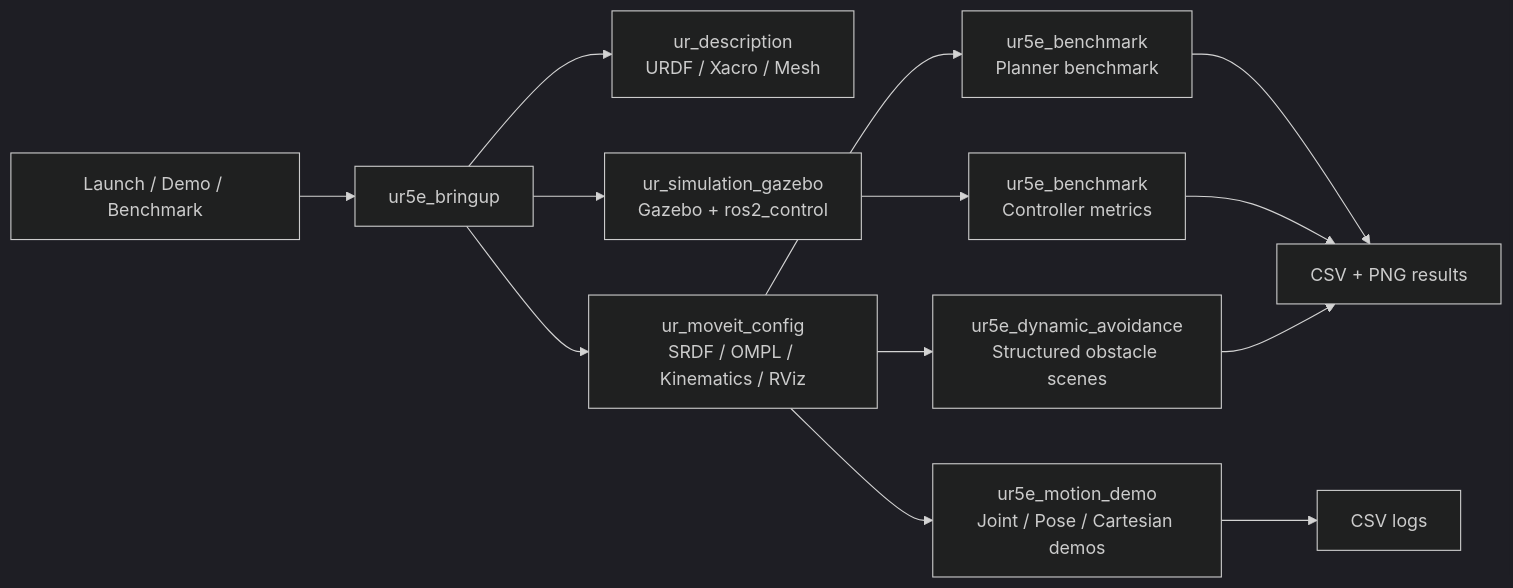
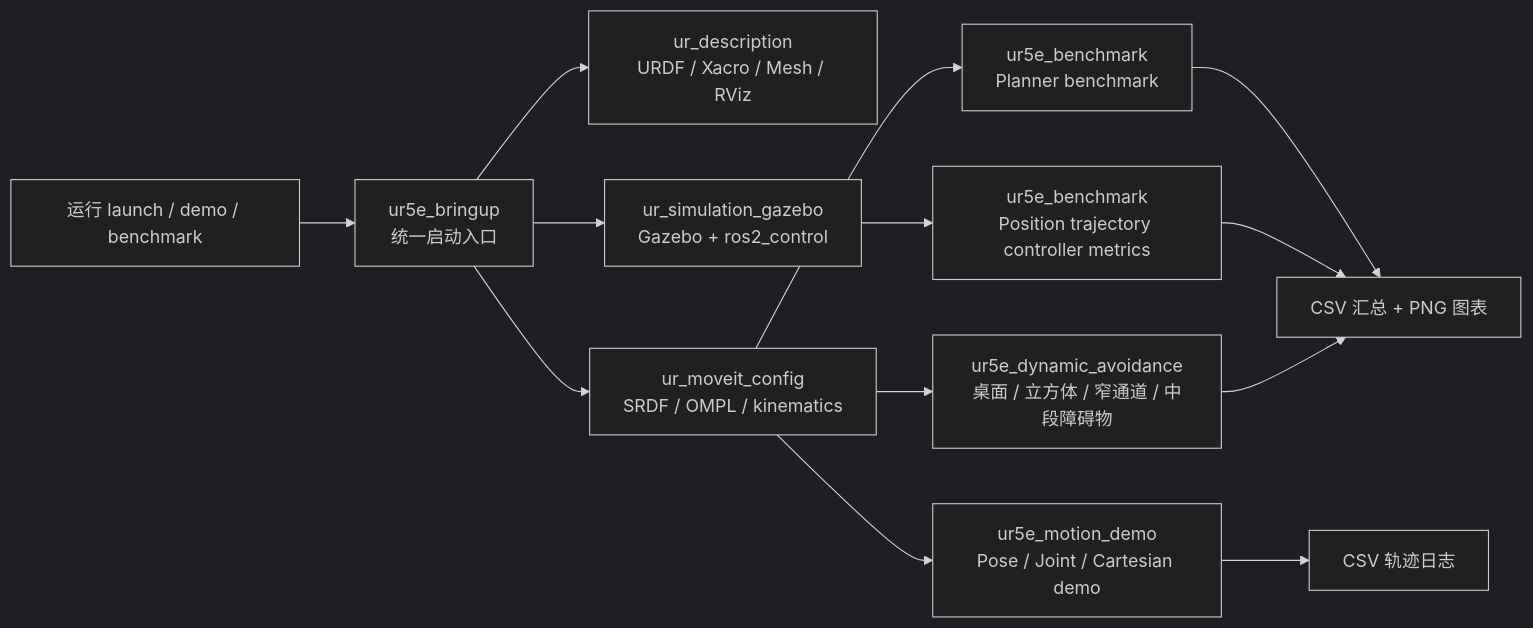
Before and after one commit to blinl6467-byte/ROS2-moveit2-ros_control-UR5e-: the diagram in README.md, drawn with Mermaid (dark theme). The commit also changed other lines of this file, not shown here.

````diff
--- a/README.md
+++ b/README.md
@@ -30,18 +22,18 @@
 ```mermaid
 flowchart LR
-  User[Launch / Demo / Benchmark] --> Bringup[ur5e_bringup]
+  User[运行 launch / demo / benchmark] --> Bringup[ur5e_bringup<br/>统一启动入口]
 
-  Bringup --> Description[ur_description<br/>URDF / Xacro / Mesh]
+  Bringup --> Description[ur_description<br/>URDF / Xacro / Mesh / RViz]
   Bringup --> Gazebo[ur_simulation_gazebo<br/>Gazebo + ros2_control]
-  Bringup --> MoveIt[ur_moveit_config<br/>SRDF / OMPL / Kinematics / RViz]
+  Bringup --> MoveIt[ur_moveit_config<br/>SRDF / OMPL / kinematics]
 
-  MoveIt --> Demo[ur5e_motion_demo<br/>Joint / Pose / Cartesian demos]
+  MoveIt --> Demo[ur5e_motion_demo<br/>Pose / Joint / Cartesian demo]
   MoveIt --> PlannerBench[ur5e_benchmark<br/>Planner benchmark]
-  Gazebo --> ControlBench[ur5e_benchmark<br/>Controller metrics]
-  MoveIt --> Avoidance[ur5e_dynamic_avoidance<br/>Structured obstacle scenes]
+  Gazebo --> ControlBench[ur5e_benchmark<br/>Position trajectory controller metrics]
+  MoveIt --> Avoidance[ur5e_dynamic_avoidance<br/>桌面 / 立方体 / 窄通道 / 中段障碍物]
 
-  Demo --> Logs[CSV logs]
-  PlannerBench --> Results[CSV + PNG results]
+  Demo --> Logs[CSV 轨迹日志]
+  PlannerBench --> Results[CSV 汇总 + PNG 图表]
   ControlBench --> Results
   Avoidance --> Results
 ```
````
